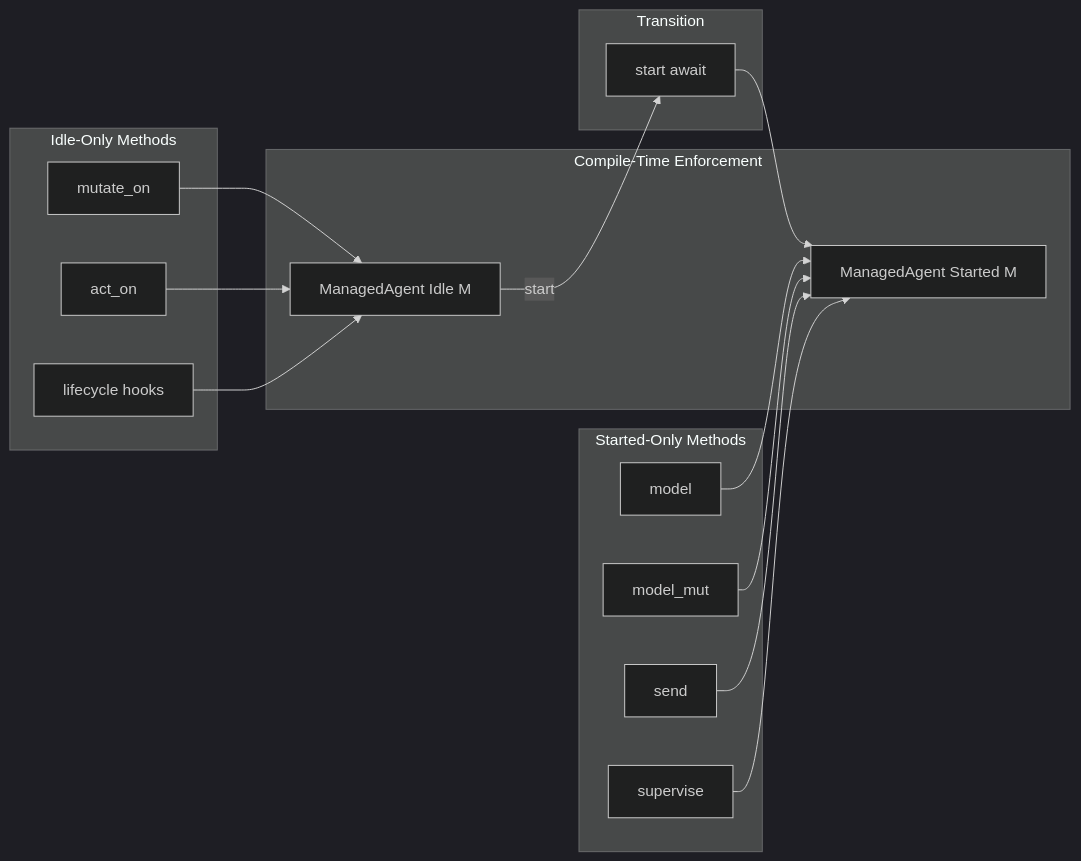
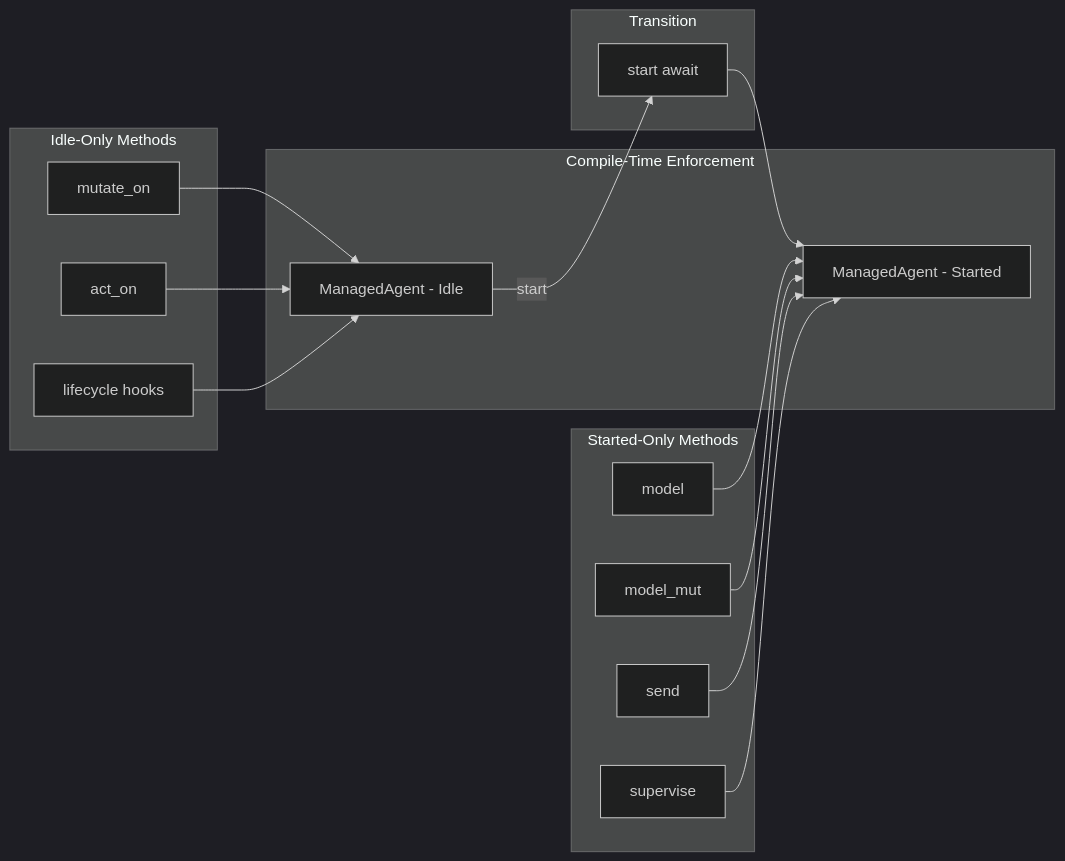
Diagram 11 of 13 in acton-docs-site/src/app/docs/architecture/page.md (Govcraft/acton-reactive), drawn with Mermaid (dark theme) before and after one commit. The commit also changed other lines of this file, not shown here.

First line of the commit message:
fix(docs): update Mermaid diagrams for v11.x compatibility

````diff
--- a/acton-docs-site/src/app/docs/architecture/page.md
+++ b/acton-docs-site/src/app/docs/architecture/page.md
@@ -464,36 +464,36 @@
 ```mermaid
 graph LR
-    subgraph "Compile-Time Enforcement"
-        Idle[ManagedAgent Idle M]
-        Started[ManagedAgent Started M]
+    subgraph CompileTime["Compile-Time Enforcement"]
+        IdleState["ManagedAgent - Idle"]
+        StartedState["ManagedAgent - Started"]
     end
 
-    subgraph "Idle-Only Methods"
-        MutateOn[mutate_on]
-        ActOn[act_on]
-        Hooks[lifecycle hooks]
+    subgraph IdleMethods["Idle-Only Methods"]
+        MutateOn["mutate_on"]
+        ActOn["act_on"]
+        Hooks["lifecycle hooks"]
     end
 
-    subgraph "Started-Only Methods"
-        Model[model]
-        ModelMut[model_mut]
-        Send[send]
-        Supervise[supervise]
+    subgraph StartedMethods["Started-Only Methods"]
+        Model["model"]
+        ModelMut["model_mut"]
+        Send["send"]
+        Supervise["supervise"]
     end
 
-    subgraph "Transition"
-        Start[start await]
+    subgraph Trans["Transition"]
+        Start["start await"]
     end
 
-    MutateOn --> Idle
-    ActOn --> Idle
-    Hooks --> Idle
+    MutateOn --> IdleState
+    ActOn --> IdleState
+    Hooks --> IdleState
 
-    Idle -->|start| Start
-    Start --> Started
+    IdleState -->|start| Start
+    Start --> StartedState
 
-    Model --> Started
-    ModelMut --> Started
-    Send --> Started
-    Supervise --> Started
+    Model --> StartedState
+    ModelMut --> StartedState
+    Send --> StartedState
+    Supervise --> StartedState
 ```
````
